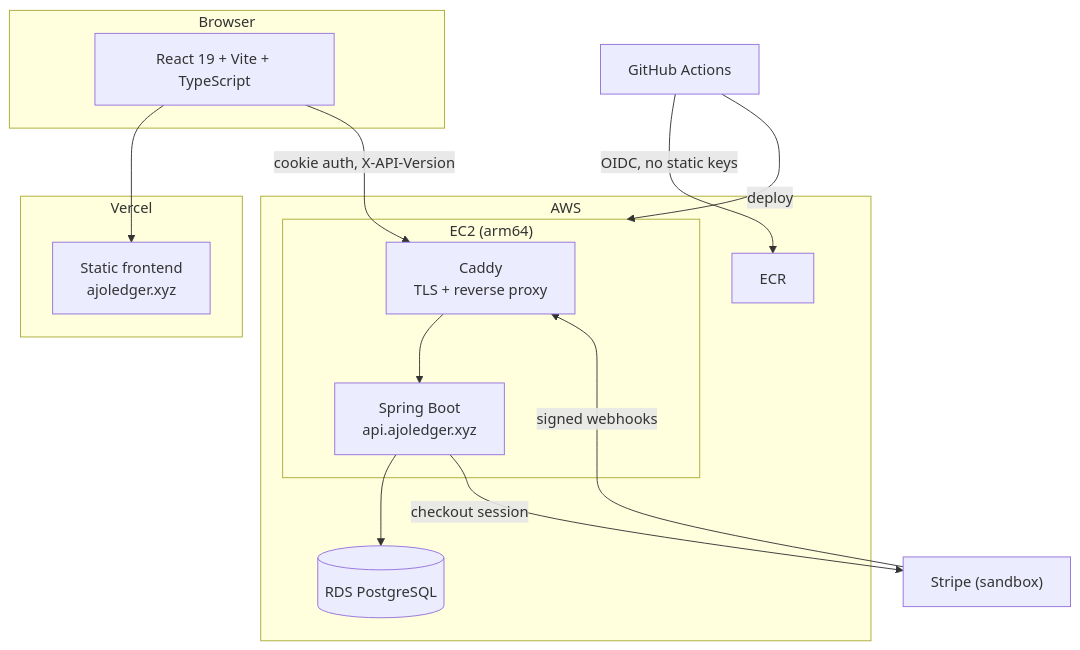
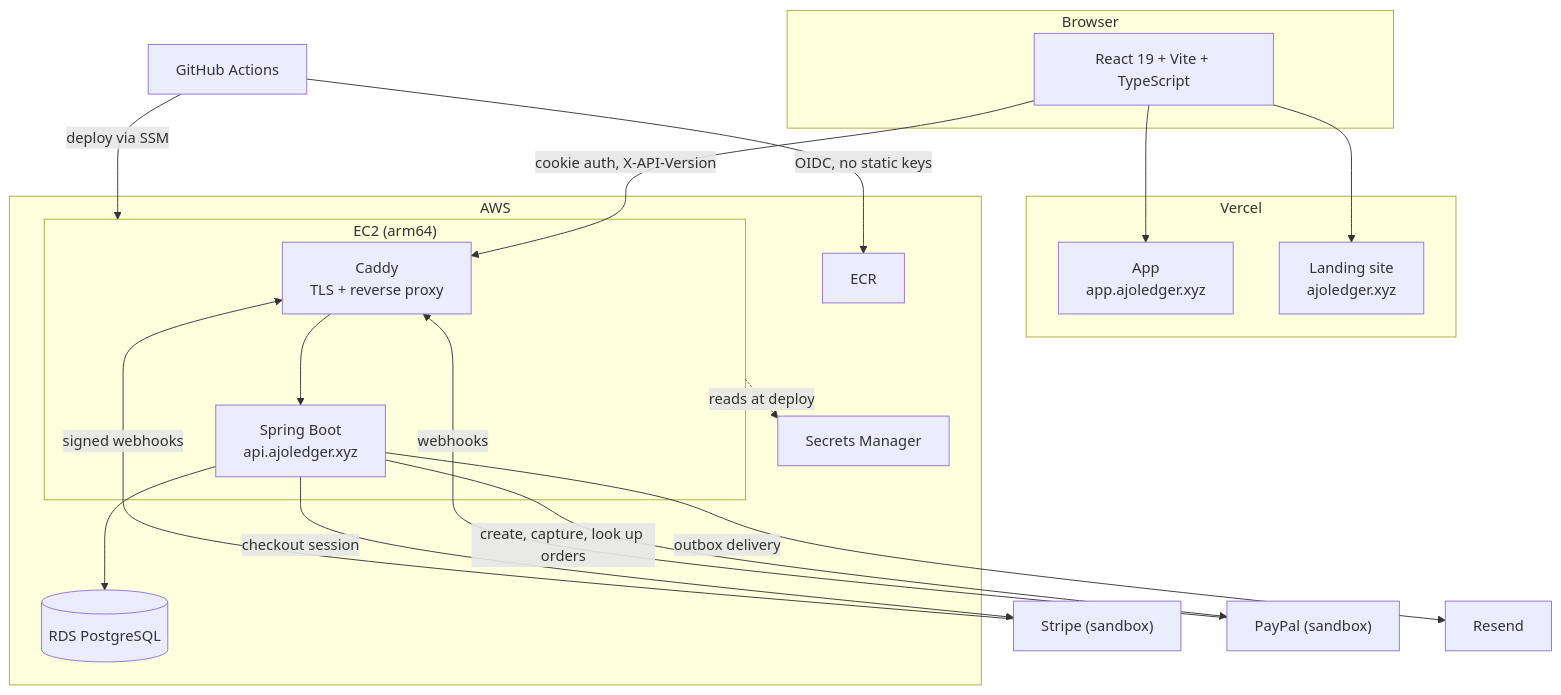
The second of 2 diagrams in README.md (Kelex15/AjoLedger), drawn with Mermaid before and after one commit. The commit also changed other lines of this file, not shown here.

````diff
--- a/README.md
+++ b/README.md
@@ -141,30 +148,39 @@
 ```mermaid
 flowchart TB
     subgraph client["Browser"]
         UI["React 19 + Vite + TypeScript"]
     end
 
     subgraph vercel["Vercel"]
-        FE["Static frontend<br/>ajoledger.xyz"]
+        FE["App<br/>app.ajoledger.xyz"]
+        LANDING["Landing site<br/>ajoledger.xyz"]
     end
 
     subgraph aws["AWS"]
         subgraph ec2["EC2 (arm64)"]
             CADDY["Caddy<br/>TLS + reverse proxy"]
             API["Spring Boot<br/>api.ajoledger.xyz"]
             CADDY --> API
         end
         RDS[("RDS PostgreSQL")]
         ECR["ECR"]
+        SM["Secrets Manager"]
         API --> RDS
+        ec2 -.reads at deploy.-> SM
     end
 
     STRIPE["Stripe (sandbox)"]
+    PAYPAL["PayPal (sandbox)"]
+    RESEND["Resend"]
 
     UI --> FE
+    UI --> LANDING
     UI -->|"cookie auth, X-API-Version"| CADDY
     API -->|"checkout session"| STRIPE
+    API -->|"create, capture, look up orders"| PAYPAL
     STRIPE -->|"signed webhooks"| CADDY
+    PAYPAL -->|"webhooks"| CADDY
+    API -->|"outbox delivery"| RESEND
     GHA["GitHub Actions"] -->|"OIDC, no static keys"| ECR
-    GHA -->|"deploy"| ec2
+    GHA -->|"deploy via SSM"| ec2
 ```
````
